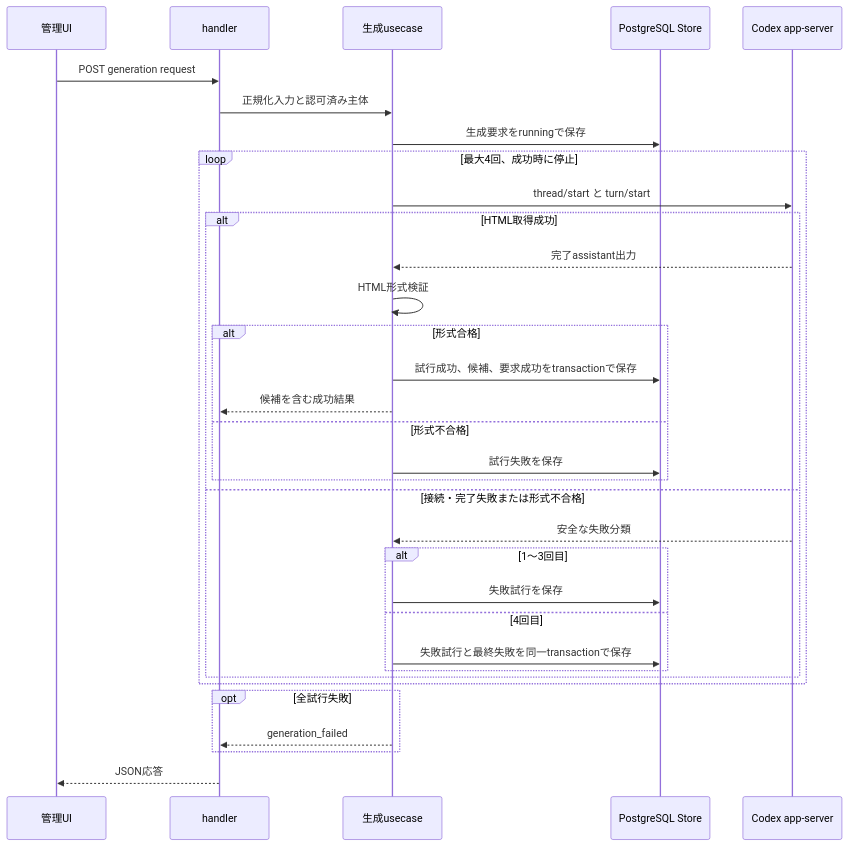
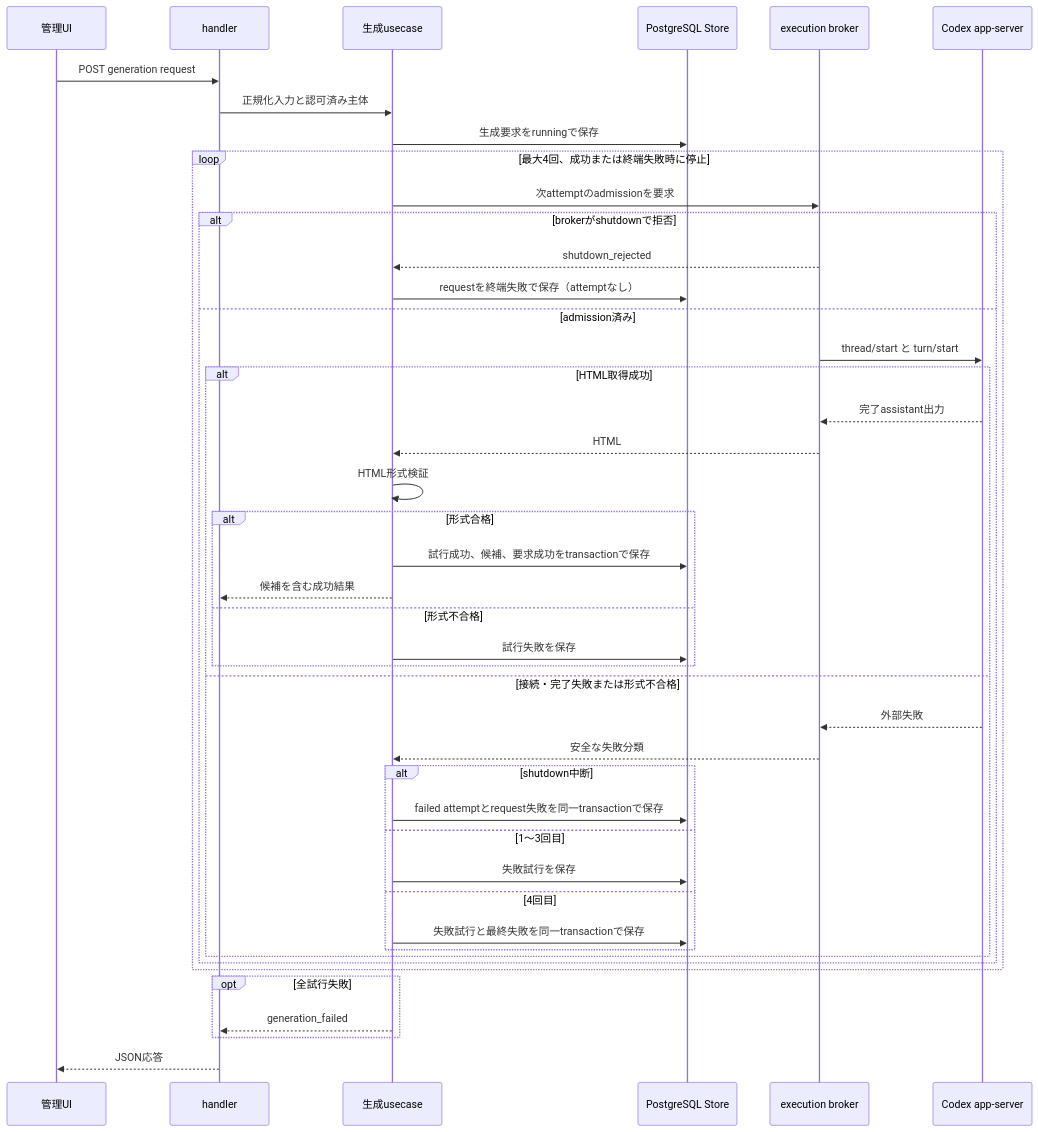
Before and after one commit to yukihito-jokyu/topic2html: the third of 3 diagrams in documents/features/FEAT-002/design.md, drawn with Mermaid. The commit also changed other lines of this file and 33 other files, not shown here.

````diff
--- a/documents/features/FEAT-002/design.md
+++ b/documents/features/FEAT-002/design.md
@@ -90,35 +91,46 @@
 ```mermaid
 sequenceDiagram
   participant UI as 管理UI
   participant H as handler
   participant U as 生成usecase
   participant S as PostgreSQL Store
+  participant B as execution broker
   participant C as Codex app-server
   UI->>H: POST generation request
   H->>U: 正規化入力と認可済み主体
   U->>S: 生成要求をrunningで保存
-  loop 最大4回、成功時に停止
-    U->>C: thread/start と turn/start
-    alt HTML取得成功
-      C-->>U: 完了assistant出力
-      U->>U: HTML形式検証
-      alt 形式合格
-        U->>S: 試行成功、候補、要求成功をtransactionで保存
-        U-->>H: 候補を含む成功結果
-      else 形式不合格
-        U->>S: 試行失敗を保存
-      end
-    else 接続・完了失敗または形式不合格
-      C-->>U: 安全な失敗分類
-      alt 1〜3回目
-        U->>S: 失敗試行を保存
-      else 4回目
-        U->>S: 失敗試行と最終失敗を同一transactionで保存
+  loop 最大4回、成功または終端失敗時に停止
+    U->>B: 次attemptのadmissionを要求
+    alt brokerがshutdownで拒否
+      B-->>U: shutdown_rejected
+      U->>S: requestを終端失敗で保存（attemptなし）
+    else admission済み
+      B->>C: thread/start と turn/start
+      alt HTML取得成功
+        C-->>B: 完了assistant出力
+        B-->>U: HTML
+        U->>U: HTML形式検証
+        alt 形式合格
+          U->>S: 試行成功、候補、要求成功をtransactionで保存
+          U-->>H: 候補を含む成功結果
+        else 形式不合格
+          U->>S: 試行失敗を保存
+        end
+      else 接続・完了失敗または形式不合格
+        C-->>B: 外部失敗
+        B-->>U: 安全な失敗分類
+        alt shutdown中断
+          U->>S: failed attemptとrequest失敗を同一transactionで保存
+        else 1〜3回目
+          U->>S: 失敗試行を保存
+        else 4回目
+          U->>S: 失敗試行と最終失敗を同一transactionで保存
+        end
       end
     end
   end
   opt 全試行失敗
     U-->>H: generation_failed
   end
   H-->>UI: JSON応答
 ```
````
